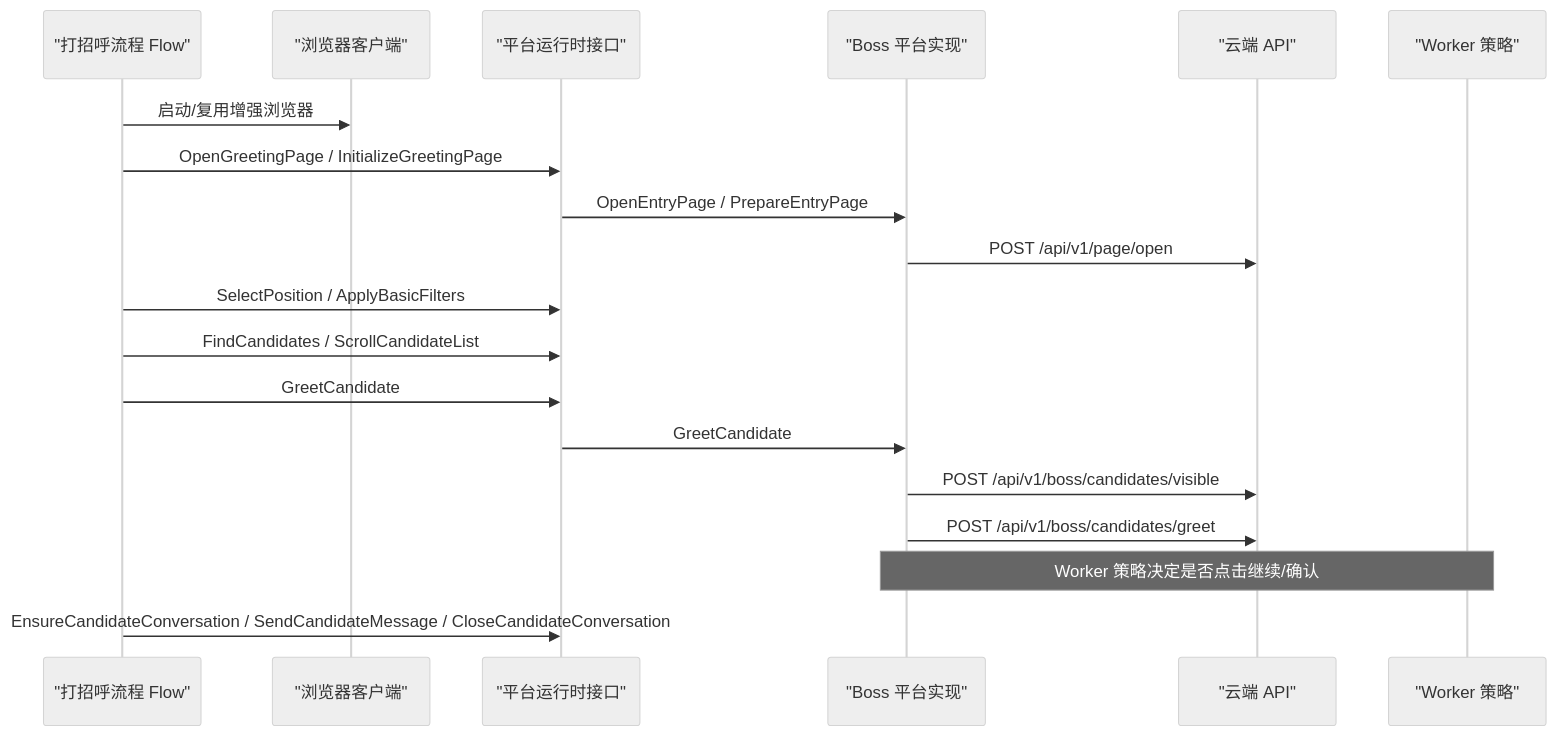
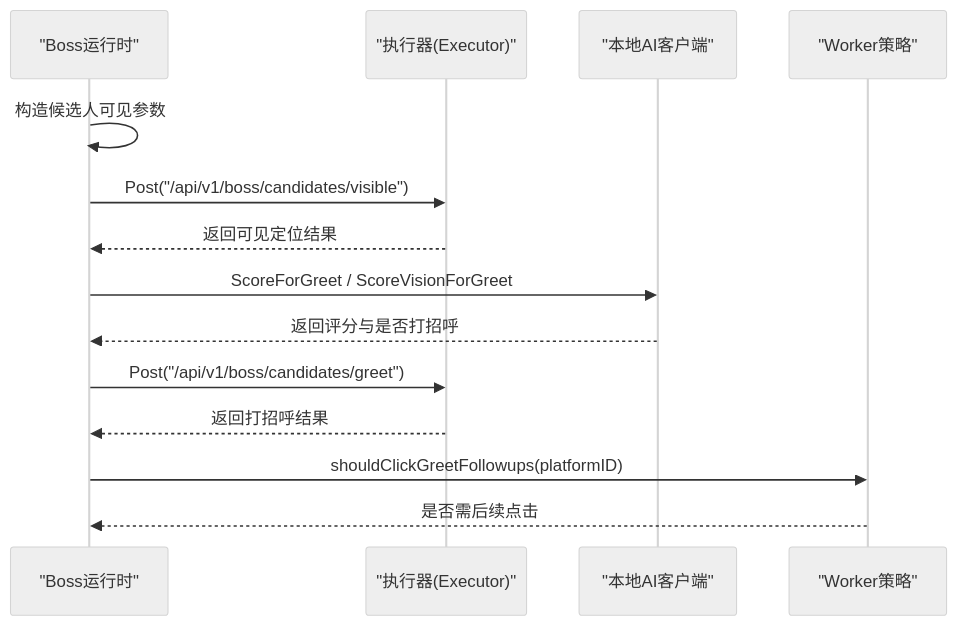
The second of 7 diagrams in .qoder/repowiki/zh/content/本地执行器/平台适配器/Boss直聘适配器/自动问候系统.md (alvinwangzi/goodhr), drawn with Mermaid (neutral theme) before and after one commit. The commit also changed other lines of this file and 149 other files, not shown here.

````diff
--- a/.qoder/repowiki/zh/content/本地执行器/平台适配器/Boss直聘适配器/自动问候系统.md
+++ b/.qoder/repowiki/zh/content/本地执行器/平台适配器/Boss直聘适配器/自动问候系统.md
@@ -85,21 +99,16 @@
 ```mermaid
 sequenceDiagram
-participant Flow as "打招呼流程 Flow"
-participant BR as "浏览器客户端"
-participant Plat as "平台运行时接口"
-participant Boss as "Boss 平台实现"
-participant Cloud as "云端 API"
-participant WP as "Worker 策略"
-Flow->>BR : 启动/复用增强浏览器
-Flow->>Plat : OpenGreetingPage / InitializeGreetingPage
-Plat->>Boss : OpenEntryPage / PrepareEntryPage
-Boss->>Cloud : POST /api/v1/page/open
-Flow->>Plat : SelectPosition / ApplyBasicFilters
-Flow->>Plat : FindCandidates / ScrollCandidateList
-Flow->>Plat : GreetCandidate
-Plat->>Boss : GreetCandidate
-Boss->>Cloud : POST /api/v1/boss/candidates/visible
-Boss->>Cloud : POST /api/v1/boss/candidates/greet
-Note over WP,Boss : Worker 策略决定是否点击继续/确认
-Flow->>Plat : EnsureCandidateConversation / SendCandidateMessage / CloseCandidateConversation
+participant R as "Boss运行时"
+participant E as "执行器(Executor)"
+participant A as "本地AI客户端"
+participant W as "Worker策略"
+R->>R : 构造候选人可见参数
+R->>E : Post("/api/v1/boss/candidates/visible")
+E-->>R : 返回可见定位结果
+R->>A : ScoreForGreet / ScoreVisionForGreet
+A-->>R : 返回评分与是否打招呼
+R->>E : Post("/api/v1/boss/candidates/greet")
+E-->>R : 返回打招呼结果
+R->>W : shouldClickGreetFollowups(platformID)
+W-->>R : 是否需后续点击
 ```
````
